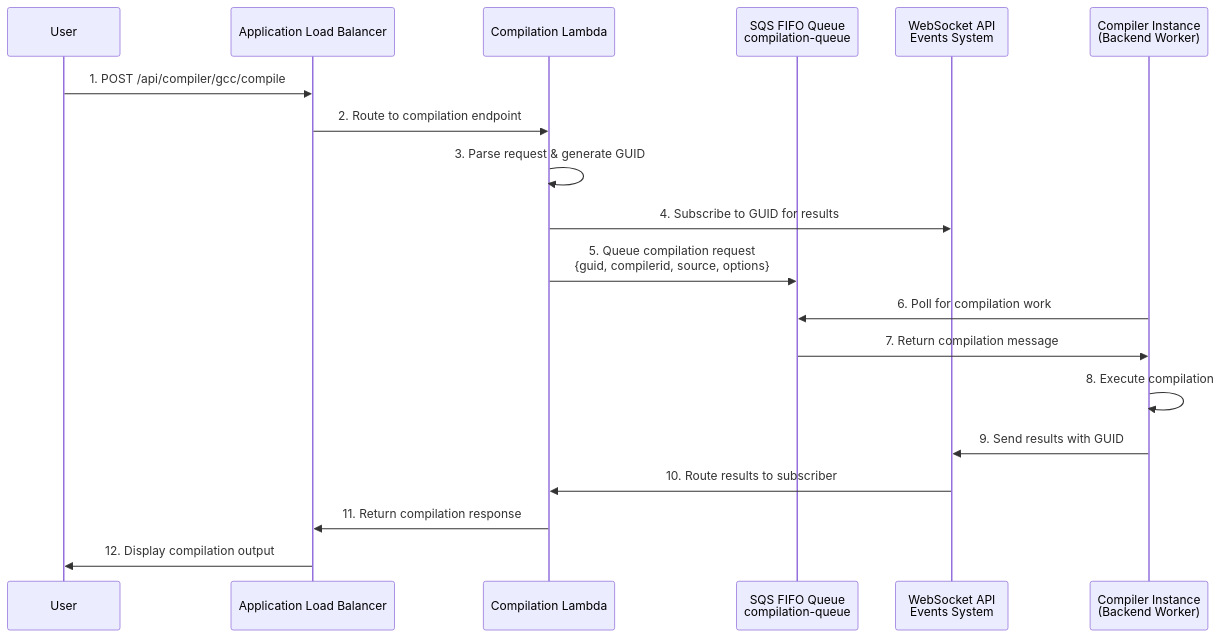
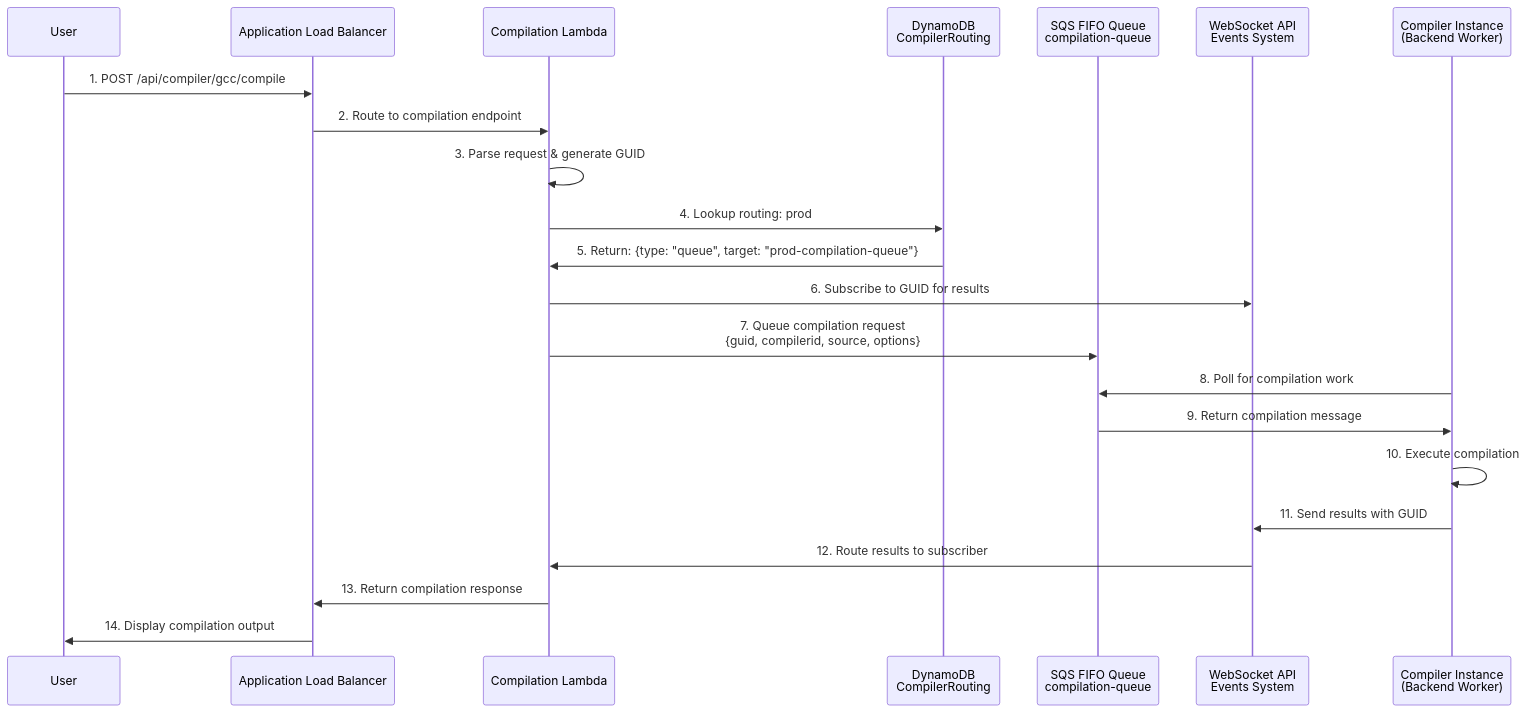
The first of 4 diagrams in docs/lambda_compilation_workflow.md (compiler-explorer/infra), drawn with Mermaid before and after one commit. The commit also changed other lines of this file, not shown here.

First line of the commit message:
Update Lambda compilation workflow documentation for hybrid routing

````diff
--- a/docs/lambda_compilation_workflow.md
+++ b/docs/lambda_compilation_workflow.md
@@ -13,23 +19,26 @@
 ```mermaid
 sequenceDiagram
     participant User
     participant ALB as Application Load Balancer
     participant Lambda as Compilation Lambda
+    participant DDB as DynamoDB<br/>CompilerRouting
     participant SQS as SQS FIFO Queue<br/>compilation-queue
     participant WS as WebSocket API<br/>Events System
     participant Instance as Compiler Instance<br/>(Backend Worker)
 
     User->>ALB: 1. POST /api/compiler/gcc/compile
     ALB->>Lambda: 2. Route to compilation endpoint
     Lambda->>Lambda: 3. Parse request & generate GUID
-    Lambda->>WS: 4. Subscribe to GUID for results
-    Lambda->>SQS: 5. Queue compilation request<br/>{guid, compilerid, source, options}
+    Lambda->>DDB: 4. Lookup routing: prod#gcc
+    DDB->>Lambda: 5. Return: {type: "queue", target: "prod-compilation-queue"}
+    Lambda->>WS: 6. Subscribe to GUID for results
+    Lambda->>SQS: 7. Queue compilation request<br/>{guid, compilerid, source, options}
 
-    Instance->>SQS: 6. Poll for compilation work
-    SQS->>Instance: 7. Return compilation message
-    Instance->>Instance: 8. Execute compilation
-    Instance->>WS: 9. Send results with GUID
-    WS->>Lambda: 10. Route results to subscriber
-    Lambda->>ALB: 11. Return compilation response
-    ALB->>User: 12. Display compilation output
+    Instance->>SQS: 8. Poll for compilation work
+    SQS->>Instance: 9. Return compilation message
+    Instance->>Instance: 10. Execute compilation
+    Instance->>WS: 11. Send results with GUID
+    WS->>Lambda: 12. Route results to subscriber
+    Lambda->>ALB: 13. Return compilation response
+    ALB->>User: 14. Display compilation output
 ```
````
